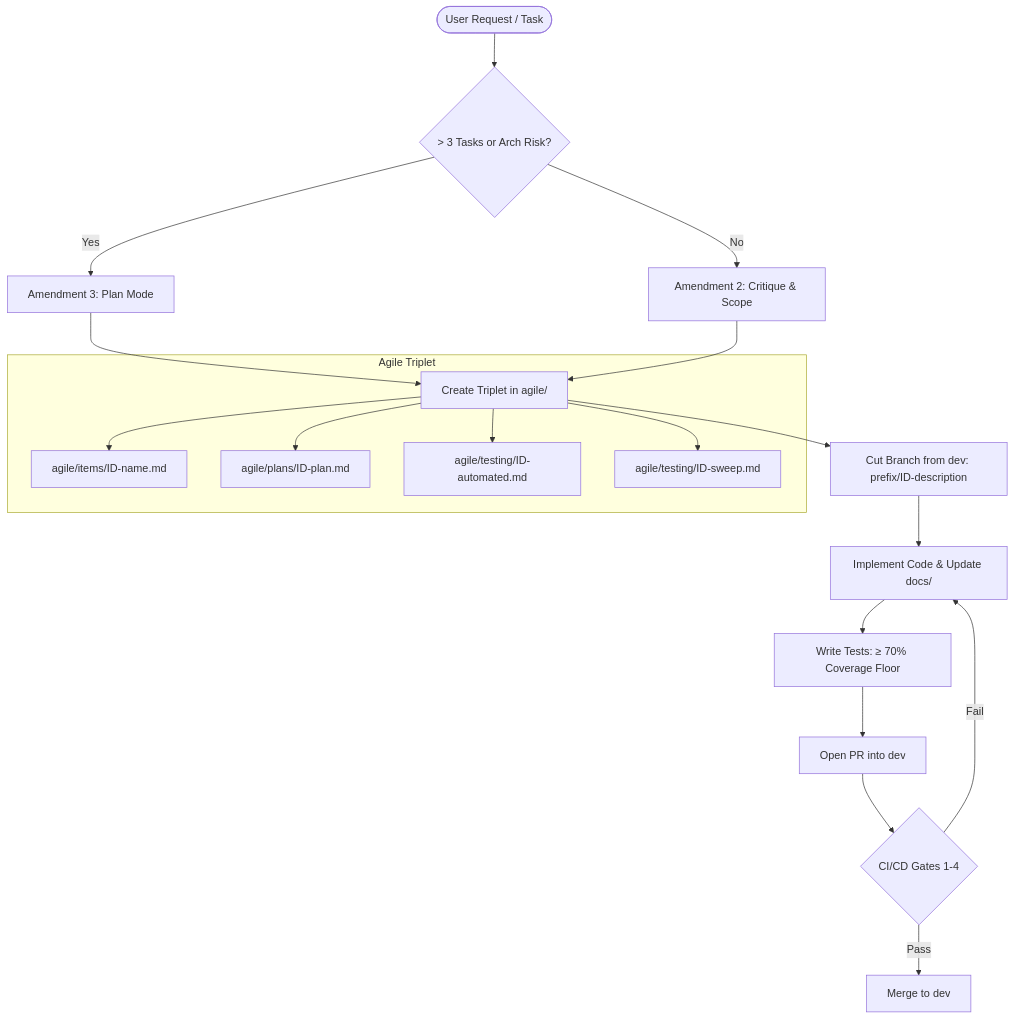
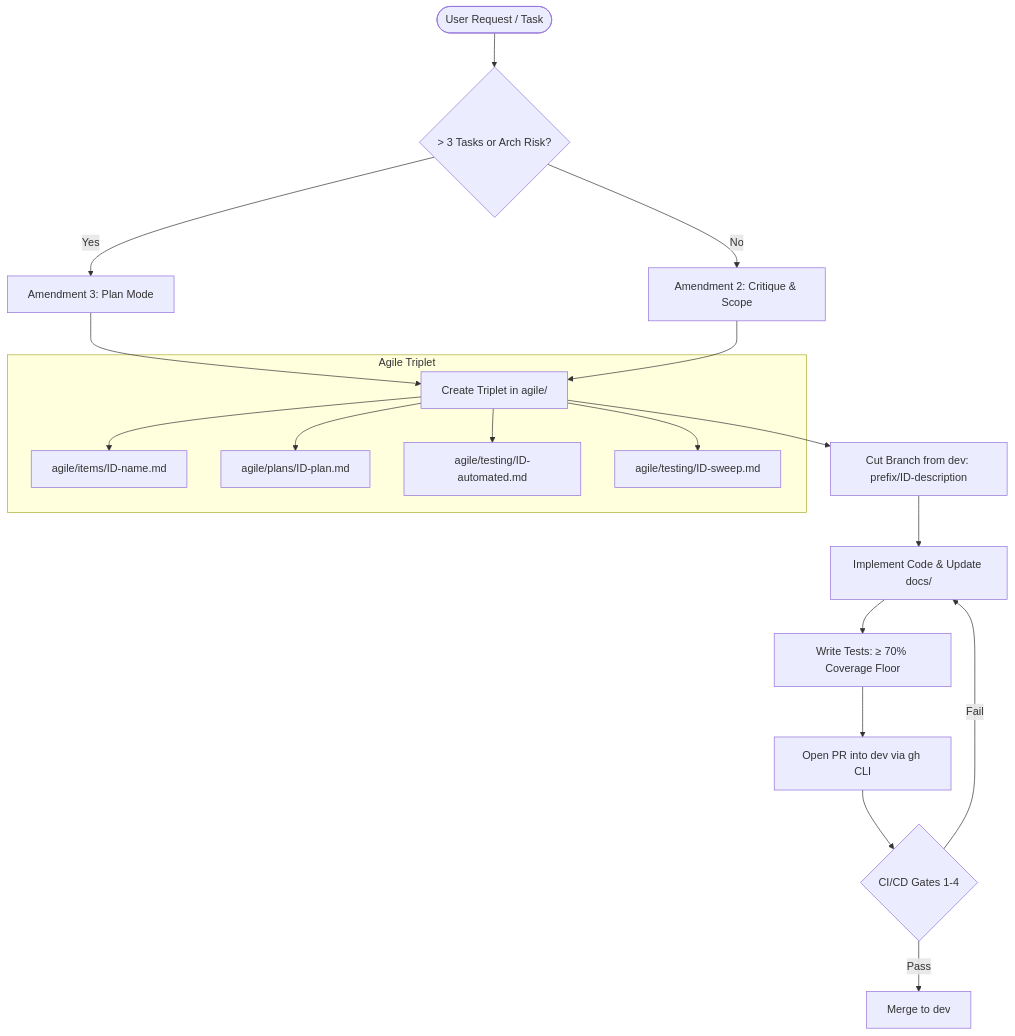
Before and after one commit to maxmya/constitution: the first of 3 diagrams in README.md, drawn with Mermaid. The commit also changed other lines of this file, not shown here.

````diff
--- a/README.md
+++ b/README.md
@@ -123,23 +128,23 @@
 ```mermaid
 flowchart TD
     A([User Request / Task]) --> B{> 3 Tasks or Arch Risk?}
     B -- Yes --> C[Amendment 3: Plan Mode]
     B -- No --> D[Amendment 2: Critique & Scope]
     C --> E[Create Triplet in agile/]
     D --> E
     
     subgraph Agile Triplet
         E --> F1[agile/items/ID-name.md]
         E --> F2[agile/plans/ID-plan.md]
         E --> F3[agile/testing/ID-automated.md]
         E --> F4[agile/testing/ID-sweep.md]
     end
     
     E --> G[Cut Branch from dev: prefix/ID-description]
     G --> H[Implement Code & Update docs/]
     H --> I[Write Tests: ≥ 70% Coverage Floor]
-    I --> J[Open PR into dev]
+    I --> J[Open PR into dev via gh CLI]
     J --> K{CI/CD Gates 1-4}
     K -- Pass --> L[Merge to dev]
     K -- Fail --> H
 ```
````
